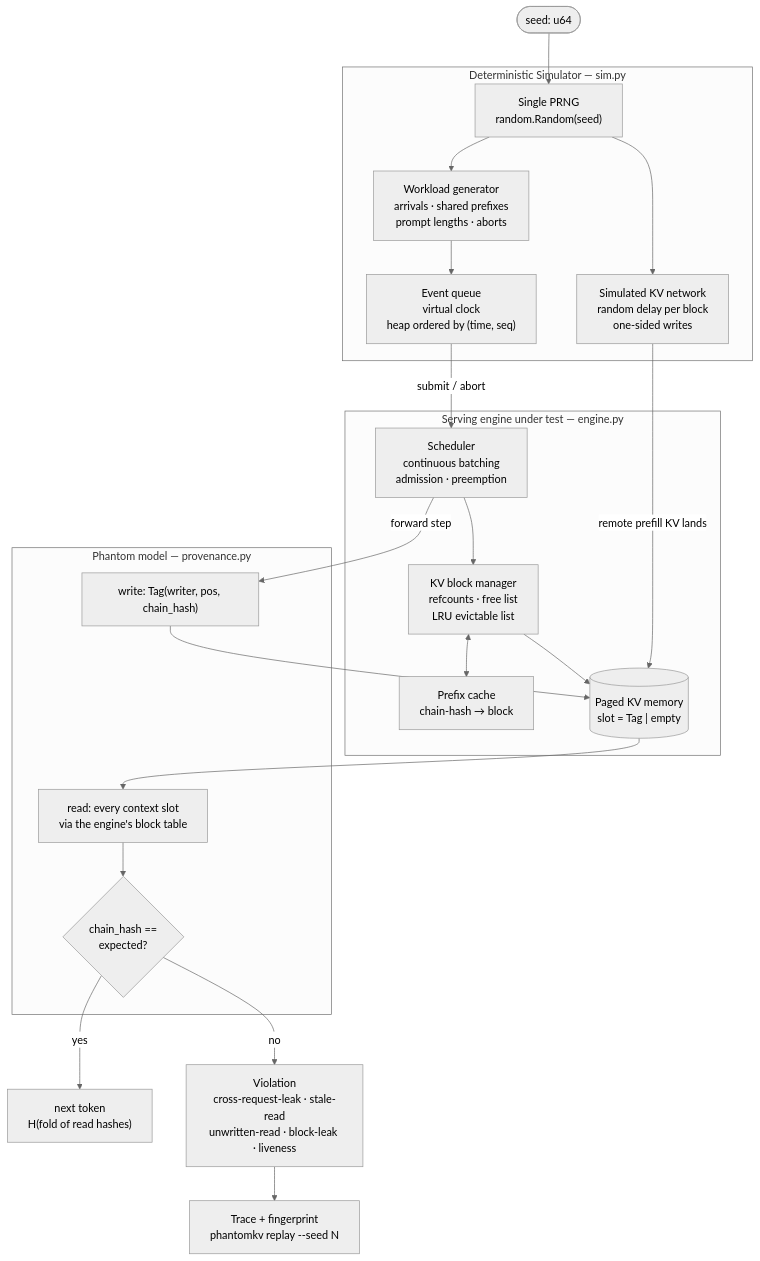
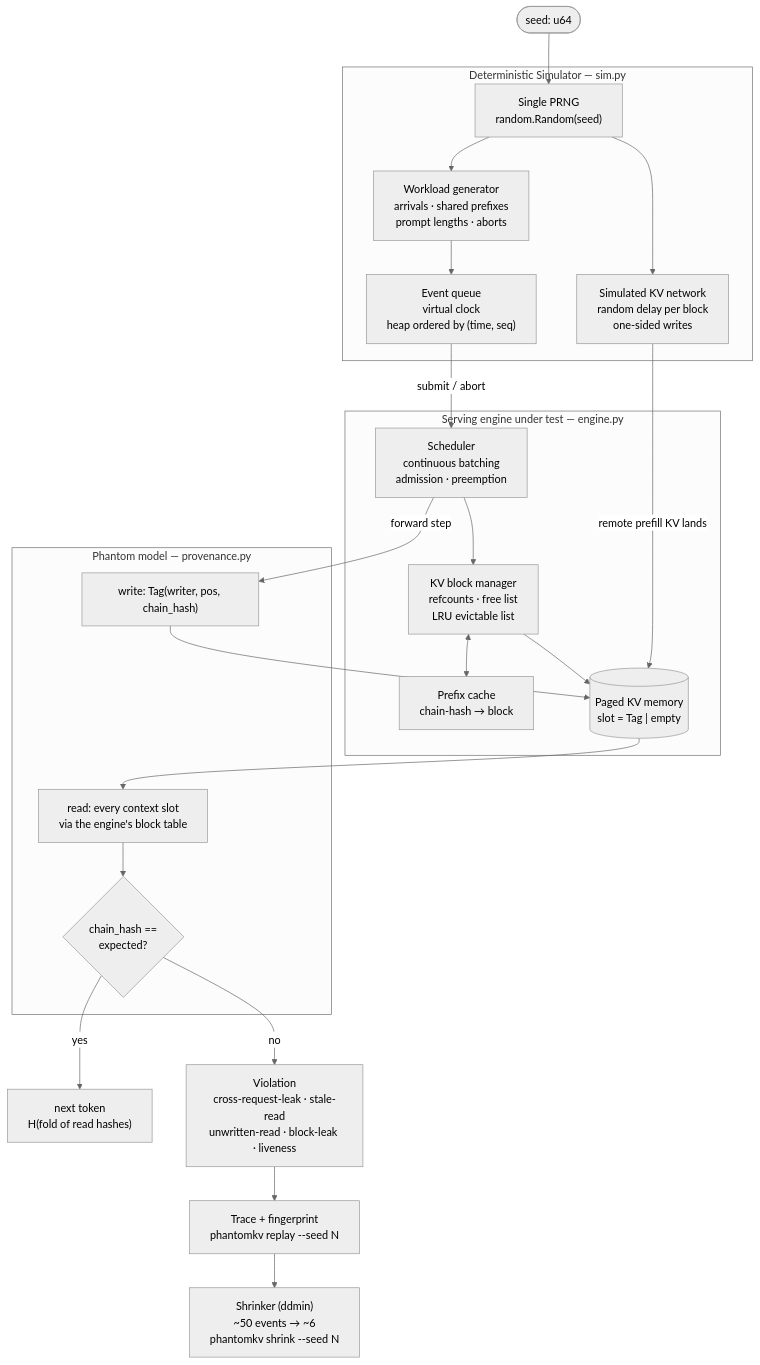
Before and after one commit to sameer-sde/phantom-kv: the first of 2 diagrams in README.md, drawn with Mermaid (neutral theme). The commit also changed other lines of this file and 2 other files, not shown here.

First line of the commit message:
docs: day 2 devlog, shrinker in README, updated validation numbers

````diff
--- a/README.md
+++ b/README.md
@@ -54,40 +55,41 @@
 ```mermaid
 flowchart TD
     Seed(["seed: u64"])
 
     subgraph SIM ["Deterministic Simulator — sim.py"]
         RNG["Single PRNG<br/>random.Random(seed)"]
         WL["Workload generator<br/>arrivals · shared prefixes<br/>prompt lengths · aborts"]
         EQ["Event queue<br/>virtual clock<br/>heap ordered by (time, seq)"]
         NET["Simulated KV network<br/>random delay per block<br/>one-sided writes"]
         RNG --> WL --> EQ
         RNG --> NET
     end
 
     subgraph ENG ["Serving engine under test — engine.py"]
         SCH["Scheduler<br/>continuous batching<br/>admission · preemption"]
         KVM["KV block manager<br/>refcounts · free list<br/>LRU evictable list"]
         PC["Prefix cache<br/>chain-hash → block"]
         MEM[("Paged KV memory<br/>slot = Tag | empty")]
         SCH --> KVM
         KVM <--> PC
         KVM --> MEM
     end
 
     subgraph PH ["Phantom model — provenance.py"]
         W["write: Tag(writer, pos, chain_hash)"]
         R["read: every context slot<br/>via the engine's block table"]
         O{"chain_hash ==<br/>expected?"}
         R --> O
     end
 
     Seed --> RNG
     EQ -->|"submit / abort"| SCH
     NET -->|"remote prefill KV lands"| MEM
     SCH -->|"forward step"| W
     W --> MEM
     MEM --> R
     O -->|"yes"| TOK["next token<br/>H(fold of read hashes)"]
     O -->|"no"| V["Violation<br/>cross-request-leak · stale-read<br/>unwritten-read · block-leak · liveness"]
     V --> TR["Trace + fingerprint<br/>phantomkv replay --seed N"]
+    TR --> SH["Shrinker (ddmin)<br/>~50 events → ~6<br/>phantomkv shrink --seed N"]
 ```
````
